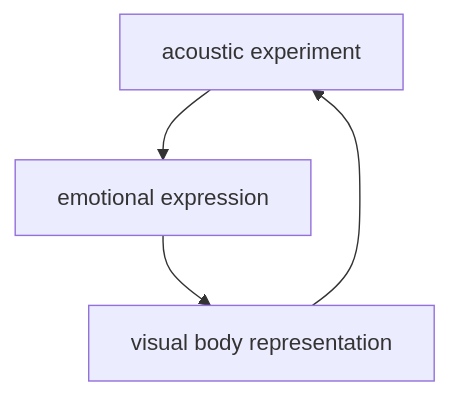
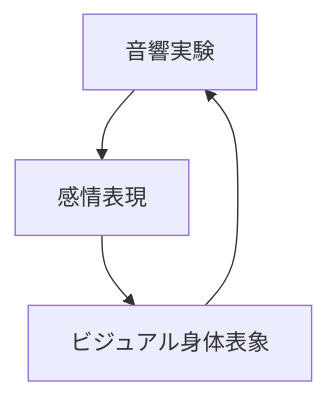
One commit to monumental-movement/monumental-movement.github.io changed the second of 3 diagrams in en/_posts/2025-12-15-column-neo-futurism-avant-garde-pop.md. Above: the diagram before and after it, drawn with Mermaid. The commit also changed other lines of this file and 2196 other files, not shown here.

```diff
--- a/en/_posts/2025-12-15-column-neo-futurism-avant-garde-pop.md
+++ b/en/_posts/2025-12-15-column-neo-futurism-avant-garde-pop.md
@@ -124,5 +124,5 @@
 <div class="mermaid">
 flowchart TD
-    A[acoustic experiment] --> B[emotional expression] --> C[visual body representation]
+    A[音響実験] --> B[感情表現] --> C[ビジュアル身体表象]
     C --> A
 </div>
```
